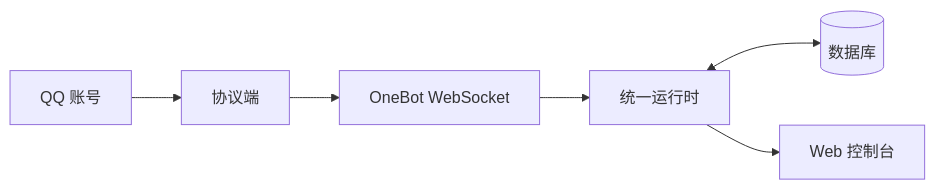
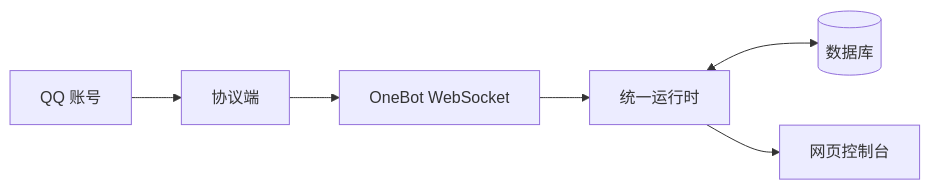
The diagram in src/guide/concepts.md (PallasBot/Pallas-Bot-Docs), drawn with Mermaid before and after one commit. The commit also changed other lines of this file and 56 other files, not shown here.

````diff
--- a/src/guide/concepts.md
+++ b/src/guide/concepts.md
@@ -27,8 +27,8 @@
 ```mermaid
 flowchart LR
     QQ[QQ 账号] --> Proto[协议端]
     Proto --> WS[OneBot WebSocket]
     WS --> Bot[统一运行时]
     Bot <--> DB[(数据库)]
-    Bot --> Console[Web 控制台]
+    Bot --> Console[网页控制台]
 ```
````
